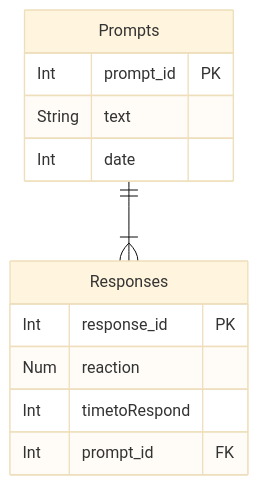
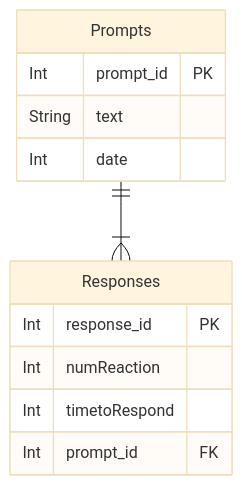
Before and after one commit to Capstone-Projects-2023-Fall/project-bereal-meets-slack: the second of 2 diagrams in documentation/docs/system-architecture/design.md, drawn with Mermaid (base theme).

Commit message:
Update design.md
Fixing Database Table

````diff
--- a/documentation/docs/system-architecture/design.md
+++ b/documentation/docs/system-architecture/design.md
@@ -94,18 +94,18 @@
 ```mermaid
 erDiagram
 Prompts {
   Int prompt_id PK
   String text
   Int date
 }
 
 Responses {
   Int response_id PK
-  Num reaction
+  Int numReaction
   Int timetoRespond
   Int prompt_id FK
 }
 
 Prompts ||--|{ Responses : ""
 
 ```
````
